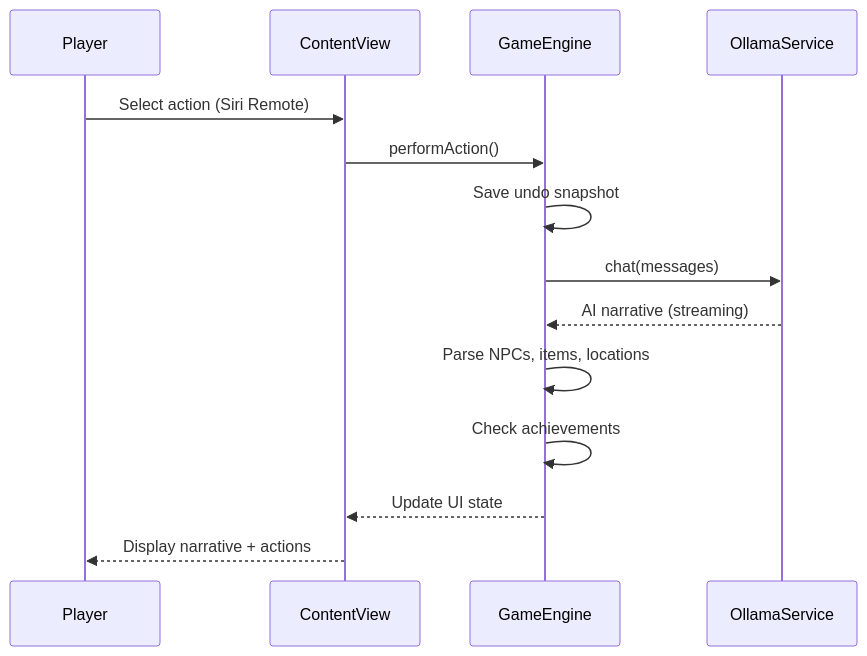
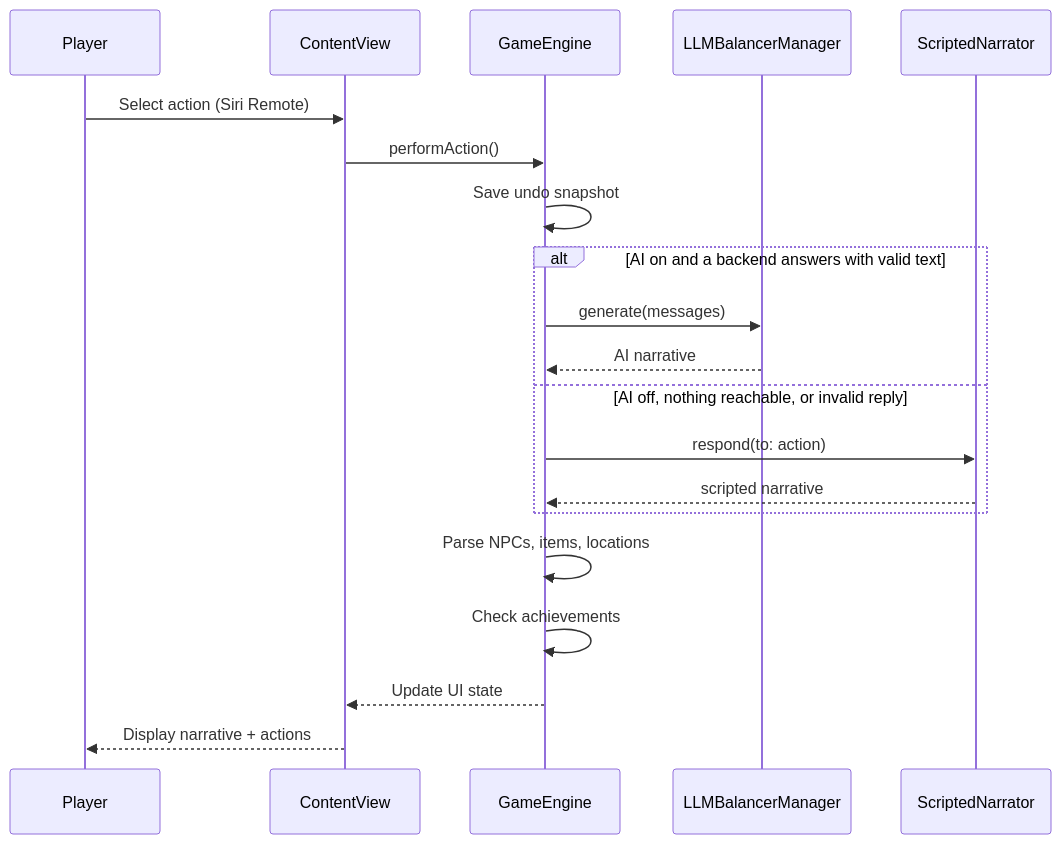
One commit to kochj23/BlompieTV changed the second of 3 diagrams in README.md. Above: the diagram before and after it, drawn with Mermaid. The commit also changed other lines of this file and 25 other files, not shown here.

````diff
--- a/README.md
+++ b/README.md
@@ -46,17 +48,23 @@
 ```mermaid
 sequenceDiagram
     participant Player
     participant ContentView
     participant GameEngine
-    participant OllamaService
+    participant LLMBalancerManager
+    participant ScriptedNarrator
 
     Player->>ContentView: Select action (Siri Remote)
     ContentView->>GameEngine: performAction()
     GameEngine->>GameEngine: Save undo snapshot
-    GameEngine->>OllamaService: chat(messages)
-    OllamaService-->>GameEngine: AI narrative (streaming)
+    alt AI on and a backend answers with valid text
+        GameEngine->>LLMBalancerManager: generate(messages)
+        LLMBalancerManager-->>GameEngine: AI narrative
+    else AI off, nothing reachable, or invalid reply
+        GameEngine->>ScriptedNarrator: respond(to: action)
+        ScriptedNarrator-->>GameEngine: scripted narrative
+    end
     GameEngine->>GameEngine: Parse NPCs, items, locations
     GameEngine->>GameEngine: Check achievements
     GameEngine-->>ContentView: Update UI state
     ContentView-->>Player: Display narrative + actions
 ```
````
